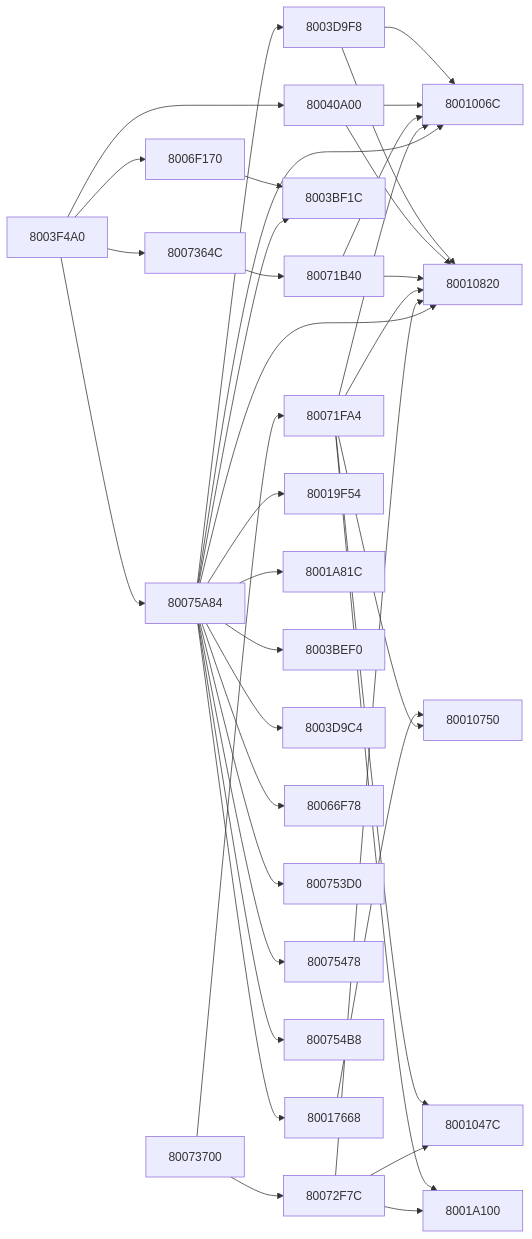
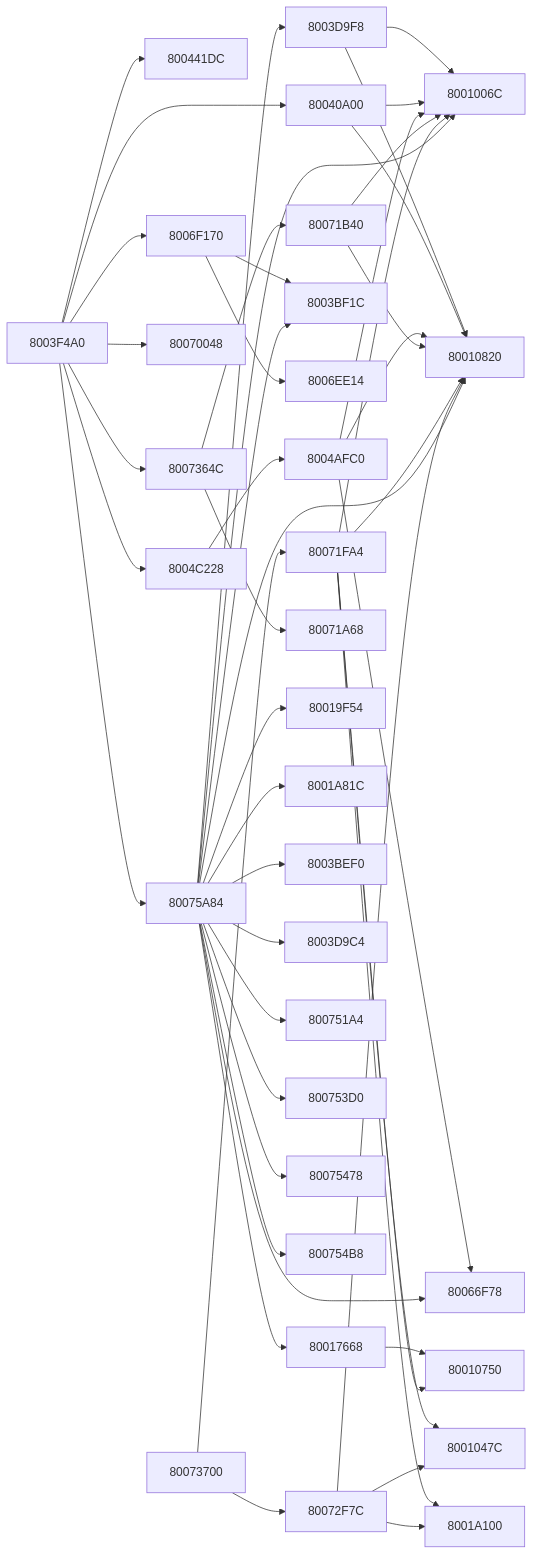
One commit to kai-luni/Future-Cop-L.A.P.D-PS1 changed diagram 11 of 11 in docs/FUNCTION_MAP.md. Above: the diagram before and after it, drawn with Mermaid. The commit also changed other lines of this file, not shown here.

````diff
--- a/docs/FUNCTION_MAP.md
+++ b/docs/FUNCTION_MAP.md
@@ -1087,64 +1340,81 @@
 ```mermaid
 graph LR
     f80017668 --> f80010750
     f8003d9f8 --> f8001006c
     f8003d9f8 --> f80010820
     f8003f4a0 --> f80040a00
+    f8003f4a0 --> f800441dc
+    f8003f4a0 --> f8004c228
     f8003f4a0 --> f8006f170
+    f8003f4a0 --> f80070048
     f8003f4a0 --> f8007364c
     f8003f4a0 --> f80075a84
     f80040a00 --> f8001006c
     f80040a00 --> f80010820
+    f8004afc0 --> f8001006c
+    f8004afc0 --> f80010820
+    f8004afc0 --> f80066f78
+    f8004c228 --> f8004afc0
     f8006f170 --> f8003bf1c
+    f8006f170 --> f8006ee14
     f80071b40 --> f8001006c
     f80071b40 --> f80010820
     f80071fa4 --> f8001006c
     f80071fa4 --> f8001047c
     f80071fa4 --> f80010750
     f80071fa4 --> f80010820
     f80071fa4 --> f8001a100
     f80072f7c --> f8001047c
     f80072f7c --> f80010820
     f80072f7c --> f8001a100
+    f8007364c --> f80071a68
     f8007364c --> f80071b40
     f80073700 --> f80071fa4
     f80073700 --> f80072f7c
     f80075a84 --> f8001006c
     f80075a84 --> f80010820
     f80075a84 --> f80017668
     f80075a84 --> f80019f54
     f80075a84 --> f8001a81c
     f80075a84 --> f8003bef0
     f80075a84 --> f8003bf1c
     f80075a84 --> f8003d9c4
     f80075a84 --> f8003d9f8
     f80075a84 --> f80066f78
+    f80075a84 --> f800751a4
     f80075a84 --> f800753d0
     f80075a84 --> f80075478
     f80075a84 --> f800754b8
     f8001006c["8001006C"]
     f8001047c["8001047C"]
     f80010750["80010750"]
     f80010820["80010820"]
     f80017668["80017668"]
     f80019f54["80019F54"]
     f8001a100["8001A100"]
     f8001a81c["8001A81C"]
     f8003bef0["8003BEF0"]
     f8003bf1c["8003BF1C"]
     f8003d9c4["8003D9C4"]
     f8003d9f8["8003D9F8"]
     f8003f4a0["8003F4A0"]
     f80040a00["80040A00"]
+    f800441dc["800441DC"]
+    f8004afc0["8004AFC0"]
+    f8004c228["8004C228"]
     f80066f78["80066F78"]
+    f8006ee14["8006EE14"]
     f8006f170["8006F170"]
+    f80070048["80070048"]
+    f80071a68["80071A68"]
     f80071b40["80071B40"]
     f80071fa4["80071FA4"]
     f80072f7c["80072F7C"]
     f8007364c["8007364C"]
     f80073700["80073700"]
+    f800751a4["800751A4"]
     f800753d0["800753D0"]
     f80075478["80075478"]
     f800754b8["800754B8"]
     f80075a84["80075A84"]
 ```
````
